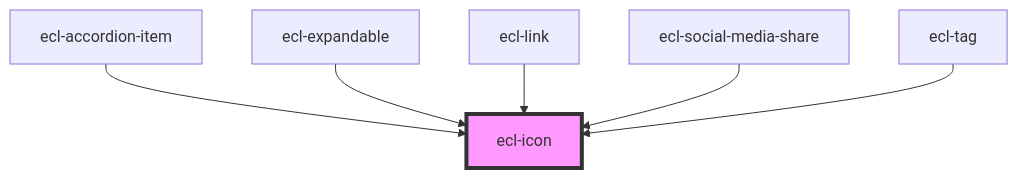
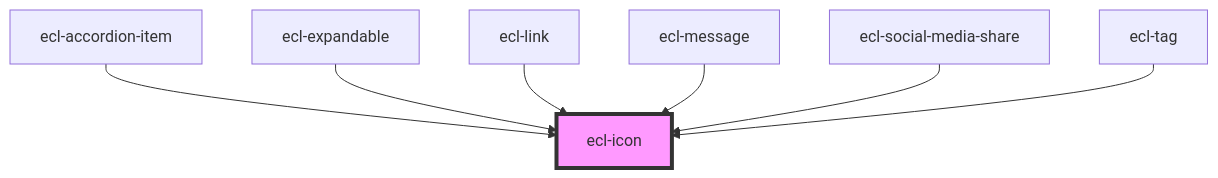
One commit to ec-europa/ecl-webcomponents changed the diagram in src/components/ecl-icon/readme.md. Above: the diagram before and after it, drawn with Mermaid. The commit also changed other lines of this file and 15 other files, not shown here.

````diff
--- a/src/components/ecl-icon/readme.md
+++ b/src/components/ecl-icon/readme.md
@@ -31,9 +32,10 @@
 ```mermaid
 graph TD;
   ecl-accordion-item --> ecl-icon
   ecl-expandable --> ecl-icon
   ecl-link --> ecl-icon
+  ecl-message --> ecl-icon
   ecl-social-media-share --> ecl-icon
   ecl-tag --> ecl-icon
   style ecl-icon fill:#f9f,stroke:#333,stroke-width:4px
 ```
````
